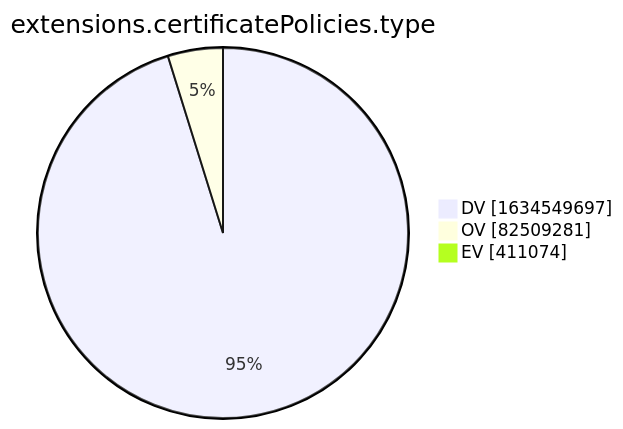
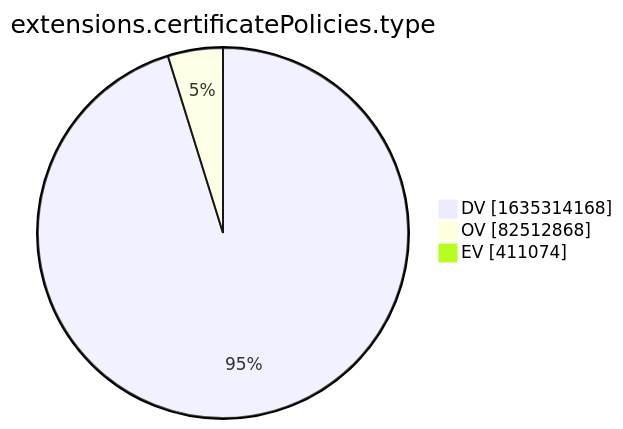
The tenth of 15 diagrams in xenon2022/README.md (christiankrug/ctmonitor_visualization), drawn with Mermaid before and after one commit. The commit also changed other lines of this file, not shown here.

````diff
--- a/xenon2022/README.md
+++ b/xenon2022/README.md
@@ -2879,7 +2879,7 @@
 ```mermaid
 pie showData
 title extensions.certificatePolicies.type
-"DV" :1634549697
-"OV" :82509281
+"DV" :1635314168
+"OV" :82512868
 "EV" :411074
 ```
````
